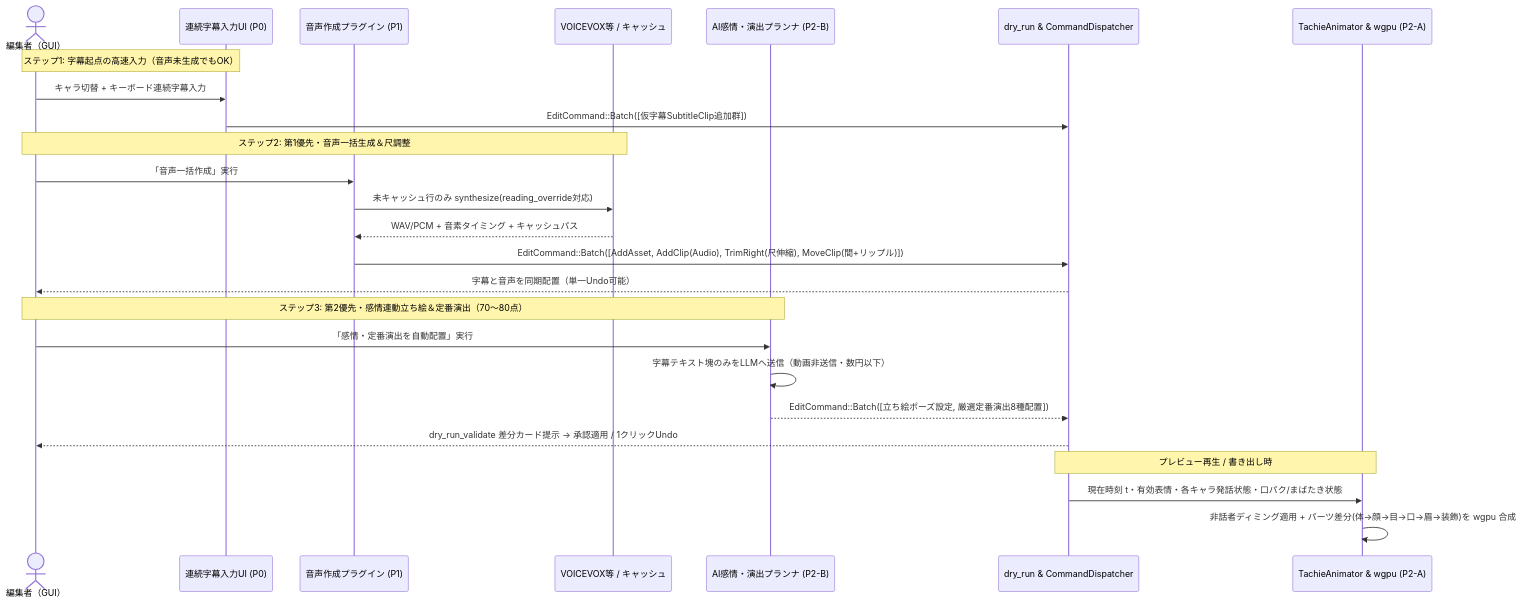
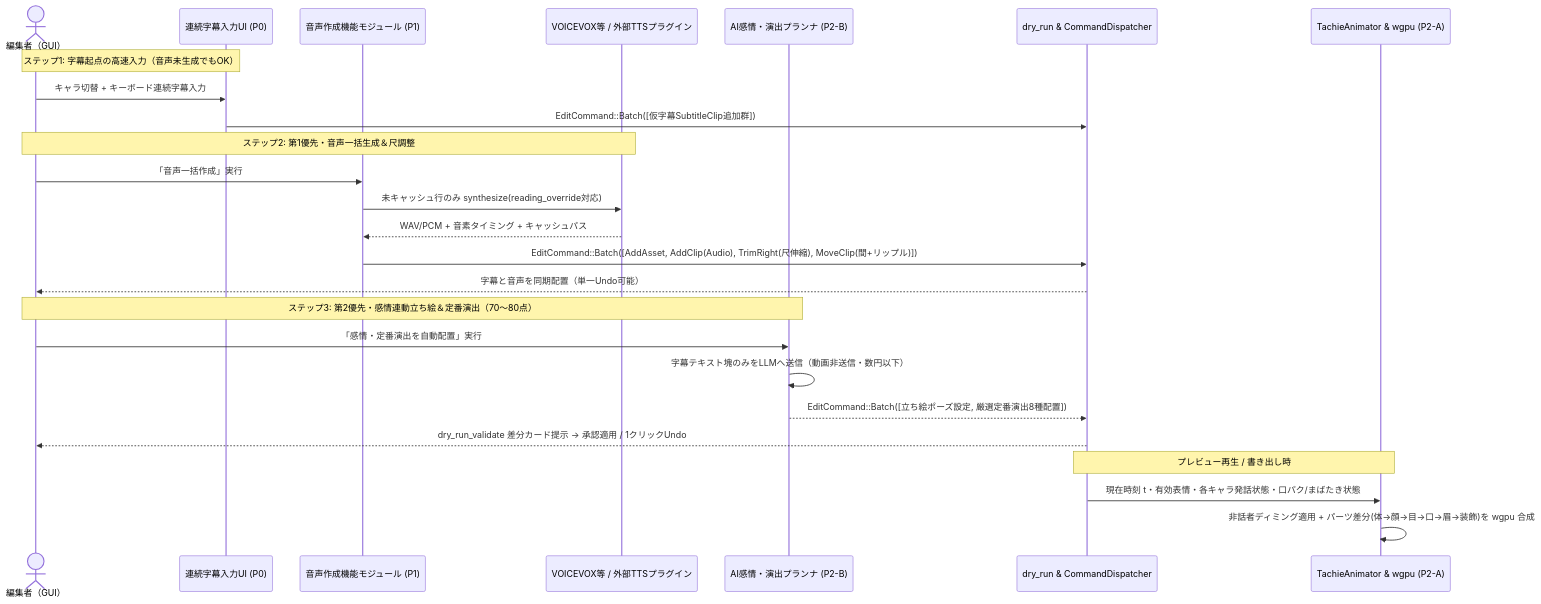
The diagram in dev-doc/001-yukkuri-live-module.md (Seaoftrees08/sea-movie-creator), drawn with Mermaid before and after one commit. The commit also changed other lines of this file and 11 other files, not shown here.

Commit message:
docs: add developer documentation and project roadmap

````diff
--- a/dev-doc/001-yukkuri-live-module.md
+++ b/dev-doc/001-yukkuri-live-module.md
@@ -126,31 +127,31 @@
 ```mermaid
 sequenceDiagram
     actor User as 編集者（GUI）
     participant Input as 連続字幕入力UI (P0)
-    participant BatchTTS as 音声作成プラグイン (P1)
-    participant TTS as VOICEVOX等 / キャッシュ
+    participant BatchTTS as 音声作成機能モジュール (P1)
+    participant TTS as VOICEVOX等 / 外部TTSプラグイン
     participant Director as AI感情・演出プランナ (P2-B)
     participant Timeline as dry_run & CommandDispatcher
     participant Tachie as TachieAnimator & wgpu (P2-A)
 
     Note over User,Input: ステップ1: 字幕起点の高速入力（音声未生成でもOK）
     User->>Input: キャラ切替 + キーボード連続字幕入力
     Input->>Timeline: EditCommand::Batch([仮字幕SubtitleClip追加群])
 
     Note over User,TTS: ステップ2: 第1優先・音声一括生成＆尺調整
     User->>BatchTTS: 「音声一括作成」実行
     BatchTTS->>TTS: 未キャッシュ行のみ synthesize(reading_override対応)
     TTS-->>BatchTTS: WAV/PCM + 音素タイミング + キャッシュパス
     BatchTTS->>Timeline: EditCommand::Batch([AddAsset, AddClip(Audio), TrimRight(尺伸縮), MoveClip(間+リップル)])
     Timeline-->>User: 字幕と音声を同期配置（単一Undo可能）
 
     Note over User,Director: ステップ3: 第2優先・感情連動立ち絵＆定番演出（70〜80点）
     User->>Director: 「感情・定番演出を自動配置」実行
     Director->>Director: 字幕テキスト塊のみをLLMへ送信（動画非送信・数円以下）
     Director-->>Timeline: EditCommand::Batch([立ち絵ポーズ設定, 厳選定番演出8種配置])
     Timeline-->>User: dry_run_validate 差分カード提示 → 承認適用 / 1クリックUndo
 
     Note over Tachie,Timeline: プレビュー再生 / 書き出し時
     Timeline->>Tachie: 現在時刻 t・有効表情・各キャラ発話状態・口パク/まばたき状態
     Tachie->>Tachie: 非話者ディミング適用 + パーツ差分(体→顔→目→口→眉→装飾)を wgpu 合成
 ```
````
